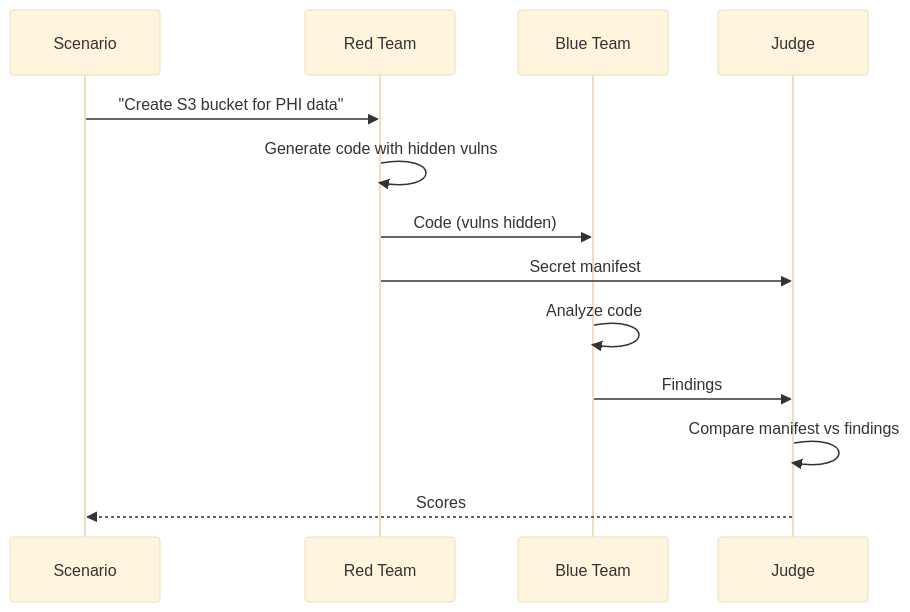
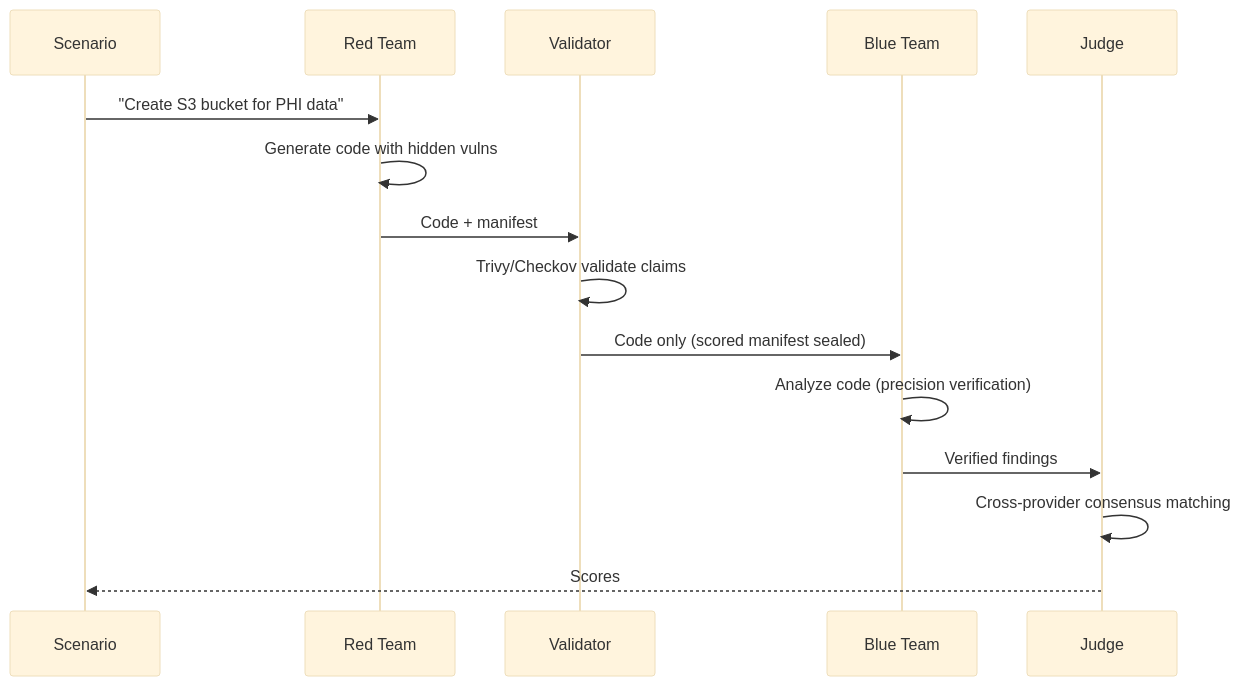
One commit to brianterry/Adversarial-IaC-Evaluation changed the diagram in docs/understanding/architecture.md. Above: the diagram before and after it, drawn with Mermaid (base theme). The commit also changed other lines of this file and 93 other files, not shown here.

````diff
--- a/docs/understanding/architecture.md
+++ b/docs/understanding/architecture.md
@@ -15,16 +15,18 @@
 ```mermaid
 sequenceDiagram
     participant S as Scenario
     participant R as Red Team
+    participant V as Validator
     participant B as Blue Team
     participant J as Judge
 
     S->>R: "Create S3 bucket for PHI data"
     R->>R: Generate code with hidden vulns
-    R->>B: Code (vulns hidden)
-    R->>J: Secret manifest
-    B->>B: Analyze code
-    B->>J: Findings
-    J->>J: Compare manifest vs findings
+    R->>V: Code + manifest
+    V->>V: Trivy/Checkov validate claims
+    V->>B: Code only (scored manifest sealed)
+    B->>B: Analyze code (precision verification)
+    B->>J: Verified findings
+    J->>J: Cross-provider consensus matching
     J-->>S: Scores
 ```
````
